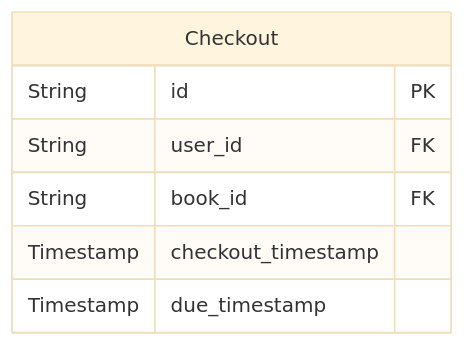
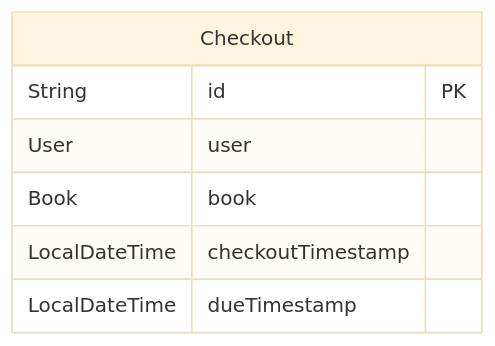
Before and after one commit to dung204/Library_Management_PRJ301: the sixth of 8 diagrams in README.md, drawn with Mermaid (base theme). The commit also changed other lines of this file, not shown here.

````diff
--- a/README.md
+++ b/README.md
@@ -159,10 +213,10 @@
 ```mermaid
 erDiagram
     Checkout {
         String id PK
-        String user_id FK
-        String book_id FK
-        Timestamp checkout_timestamp
-        Timestamp due_timestamp
+        User user
+        Book book
+        LocalDateTime checkoutTimestamp
+        LocalDateTime dueTimestamp
     }
 ```
````
